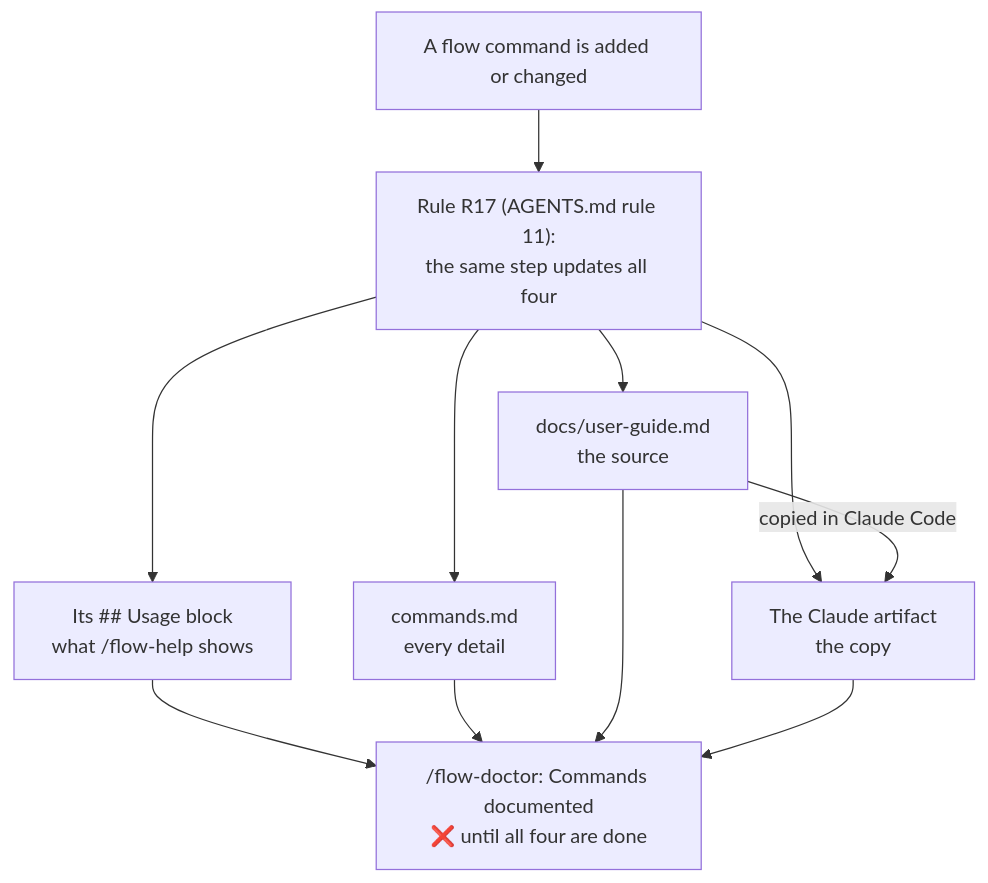
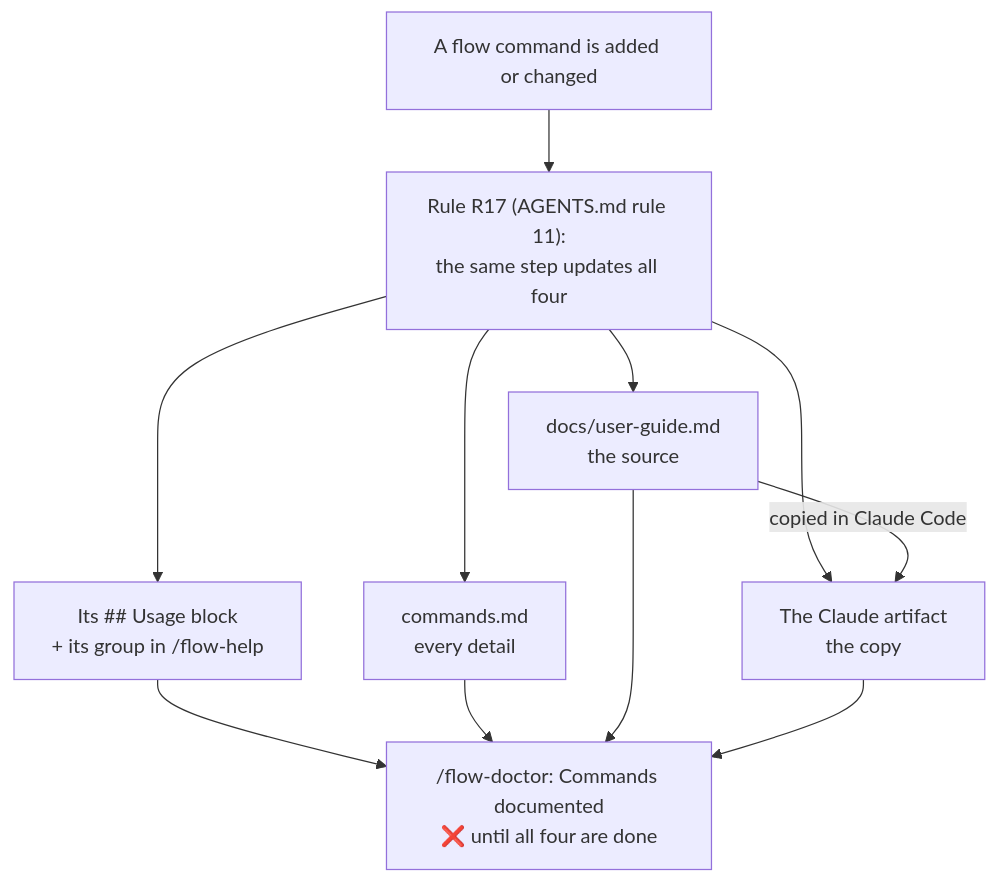
Before and after one commit to manas-shurutech-04/closio_agent: the fifth of 5 diagrams in docs/user-guide.md, drawn with Mermaid. The commit also changed other lines of this file and 9 other files, not shown here.

Commit message:
Docs: flow-status and flow-start, the fixes after the SCRUM-540 test, rules A17 to A19, D61 to D64

````diff
--- a/docs/user-guide.md
+++ b/docs/user-guide.md
@@ -269,10 +287,10 @@
 ```mermaid
 flowchart TB
     t["A flow command is added or changed"] --> r["Rule R17 (AGENTS.md rule 11):<br/>the same step updates all four"]
-    r --> u["Its ## Usage block<br/>what /flow-help shows"]
+    r --> u["Its ## Usage block<br/>+ its group in /flow-help"]
     r --> c["commands.md<br/>every detail"]
     r --> g["docs/user-guide.md<br/>the source"]
     r --> a["The Claude artifact<br/>the copy"]
     g -- "copied in Claude Code" --> a
     u & c & g & a --> d["/flow-doctor: Commands documented<br/>❌ until all four are done"]
 ```
````
